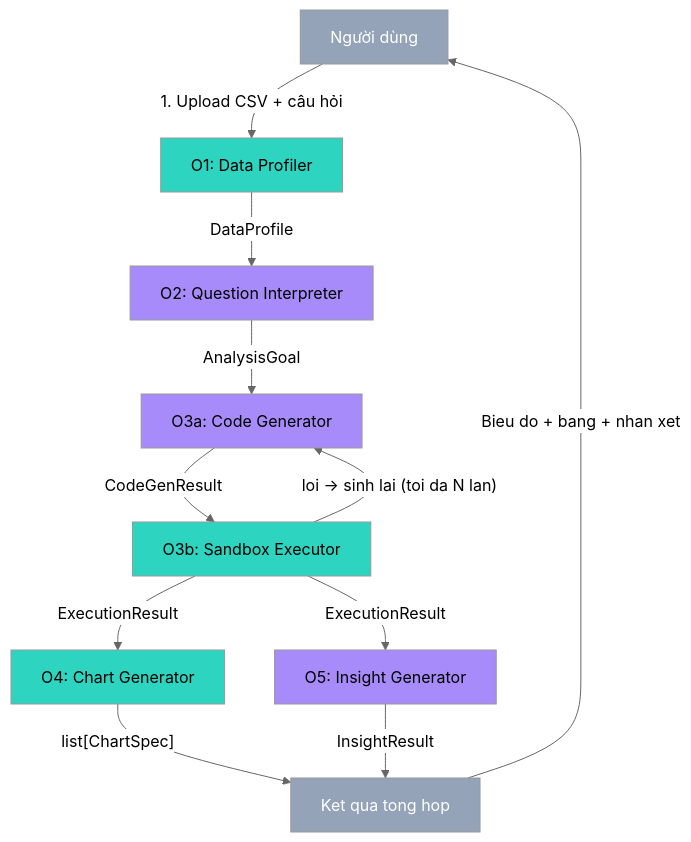
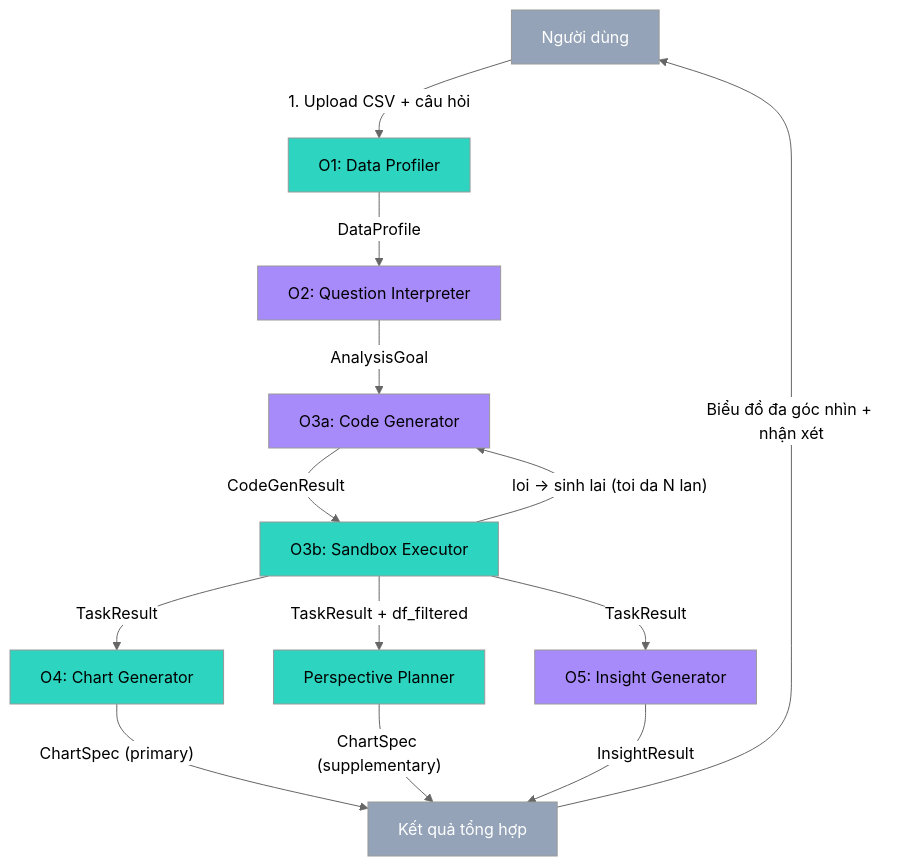
Before and after one commit to Lbphuc/AI-agent: the first of 2 diagrams in docs/ARCHITECTURE.md, drawn with Mermaid (neutral theme). The commit also changed other lines of this file and 16 other files, not shown here.

````diff
--- a/docs/ARCHITECTURE.md
+++ b/docs/ARCHITECTURE.md
@@ -15,22 +15,25 @@
 ```mermaid
 flowchart TD
     A[Người dùng] -->|"1. Upload CSV + câu hỏi"| B[O1: Data Profiler]
     B -->|DataProfile| C[O2: Question Interpreter]
     C -->|AnalysisGoal| D[O3a: Code Generator]
     D -->|CodeGenResult| E[O3b: Sandbox Executor]
     E -->|"loi -> sinh lai (toi da N lan)"| D
-    E -->|ExecutionResult| F[O4: Chart Generator]
-    E -->|ExecutionResult| G[O5: Insight Generator]
-    F -->|"list[ChartSpec]"| H[Ket qua tong hop]
+    E -->|TaskResult| F[O4: Chart Generator]
+    E -->|TaskResult + df_filtered| P[Perspective Planner]
+    E -->|TaskResult| G[O5: Insight Generator]
+    F -->|"ChartSpec (primary)"| H[Kết quả tổng hợp]
+    P -->|"ChartSpec (supplementary)"| H
     G -->|InsightResult| H
-    H -->|"Bieu do + bang + nhan xet"| A
+    H -->|"Biểu đồ đa góc nhìn + nhận xét"| A
 
     style A fill:#94a3b8,color:#fff
     style H fill:#94a3b8,color:#fff
     style B fill:#2dd4bf,color:#000
     style E fill:#2dd4bf,color:#000
     style F fill:#2dd4bf,color:#000
+    style P fill:#2dd4bf,color:#000
     style C fill:#a78bfa,color:#000
     style D fill:#a78bfa,color:#000
     style G fill:#a78bfa,color:#000
 ```
````
